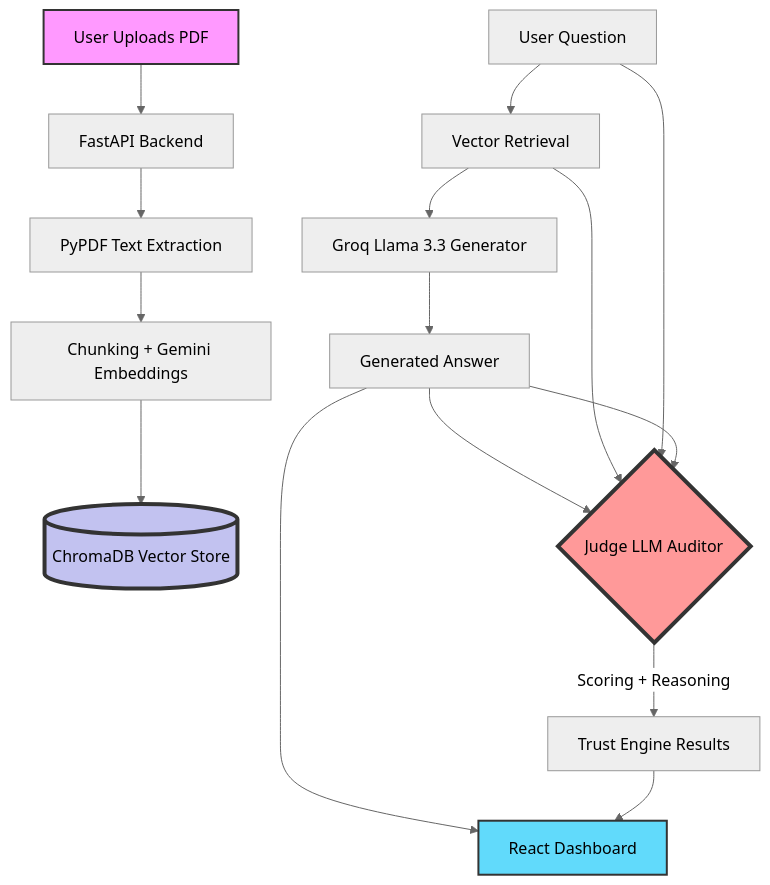
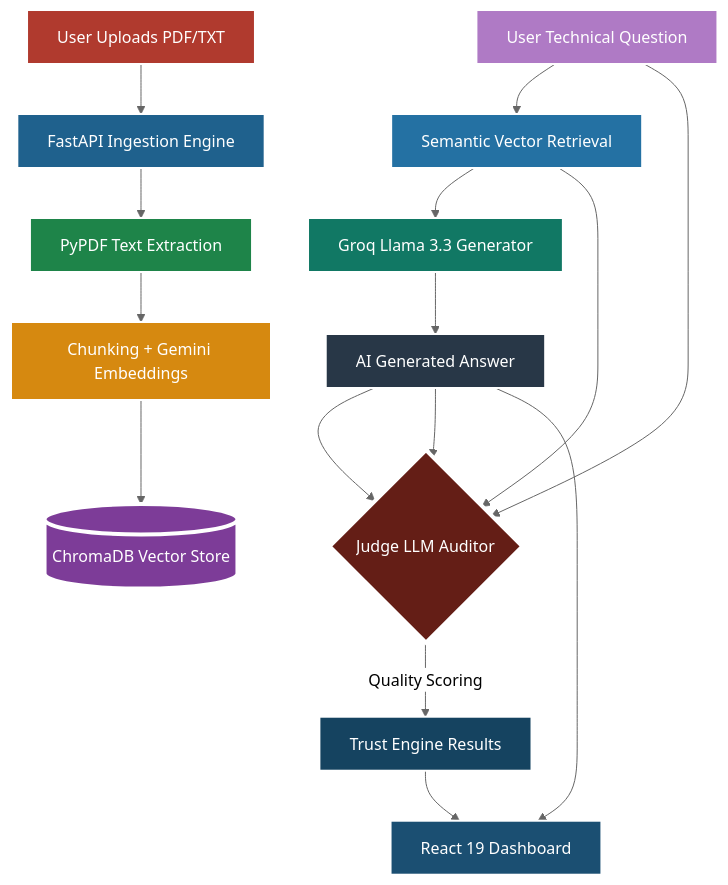
One commit to Aftab0904/Q-and-A-Bot changed the diagram in README.md. Above: the diagram before and after it, drawn with Mermaid (neutral theme). The commit also changed 2 other files, not shown here.

Commit message:
fix backend initialization and update architecture diagram for visibility

````diff
--- a/README.md
+++ b/README.md
@@ -35,22 +35,33 @@
 ```mermaid
 graph TD
-    A[User Uploads PDF] --> B[FastAPI Backend]
+    A[User Uploads PDF/TXT] --> B[FastAPI Ingestion Engine]
     B --> C[PyPDF Text Extraction]
     C --> D[Chunking + Gemini Embeddings]
     D --> E[(ChromaDB Vector Store)]
     
-    F[User Question] --> G[Vector Retrieval]
+    F[User Technical Question] --> G[Semantic Vector Retrieval]
     G --> H[Groq Llama 3.3 Generator]
-    H --> I[Generated Answer]
+    H --> I[AI Generated Answer]
     
     I --> J{Judge LLM Auditor}
     G & F & I --> J
-    J -- Scoring + Reasoning --> K[Trust Engine Results]
+    J -- Quality Scoring --> K[Trust Engine Results]
     
-    I & K --> L[React Dashboard]
+    K & I --> L[React 19 Dashboard]
     
-    style A fill:#f9f,stroke:#333,stroke-width:2px
-    style E fill:#c2c2f0,stroke:#333,stroke-width:4px
-    style J fill:#ff9999,stroke:#333,stroke-width:4px
-    style L fill:#61DAFB,stroke:#333,stroke-width:2px
+    classDef box color:#fff,stroke:#fff,stroke-width:2px;
+    class A,B,C,D,E,F,G,H,I,J,K,L box;
+
+    style A fill:#B03A2E
+    style B fill:#1F618D
+    style C fill:#1E8449
+    style D fill:#D68910
+    style E fill:#7D3C98,stroke-width:4px
+    style F fill:#AF7AC5
+    style G fill:#2471A3
+    style H fill:#117864
+    style I fill:#283747
+    style J fill:#641E16,stroke-width:4px
+    style K fill:#154360
+    style L fill:#1B4F72
 ```
````
